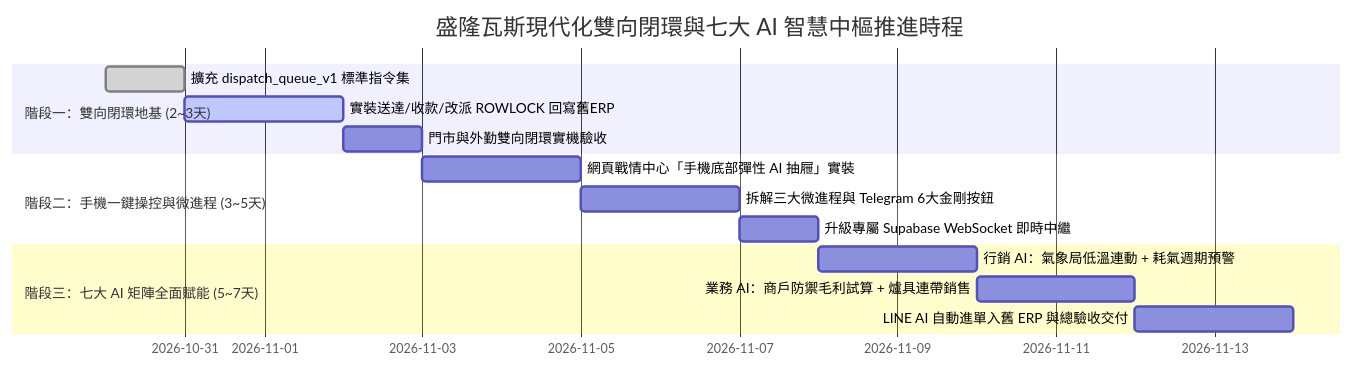
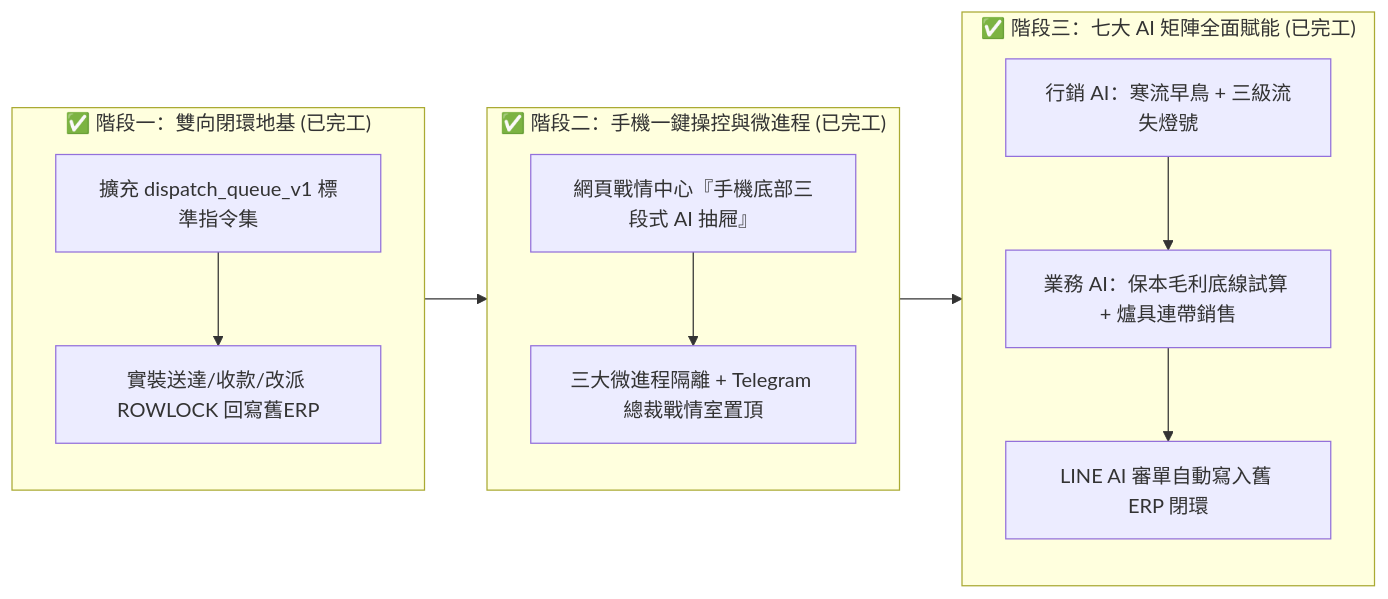
The fourth of 4 diagrams in docs/SHENGLONG_MASTER_PROJECT_PROPOSAL.md (qazwsx32100/gass), drawn with Mermaid before and after one commit. The commit also changed other lines of this file and 4 other files, not shown here.

Commit message:
feat(proposal): complete deep-water Stage 2 & 3 engines (idempotent LINE ERP insert, marketing/sales AI engines, micro-daemons) - 229 tests pass

````diff
--- a/docs/SHENGLONG_MASTER_PROJECT_PROPOSAL.md
+++ b/docs/SHENGLONG_MASTER_PROJECT_PROPOSAL.md
@@ -344,17 +344,13 @@
 ```mermaid
-gantt
-  title 盛隆瓦斯現代化雙向閉環與七大 AI 智慧中樞推進時程
-  dateFormat  YYYY-MM-DD
-  section 階段一：雙向閉環地基 (2~3天)
-  擴充 dispatch_queue_v1 標準指令集      :done, s1_1, 2026-10-30, 1d
-  實裝送達/收款/改派 ROWLOCK 回寫舊ERP   :active, s1_2, 2026-10-31, 2d
-  門市與外勤雙向閉環實機驗收              :s1_3, 2026-11-02, 1d
-  section 階段二：手機一鍵操控與微進程 (3~5天)
-  網頁戰情中心「手機底部彈性 AI 抽屜」實裝 :s2_1, 2026-11-03, 2d
-  拆解三大微進程與 Telegram 6大金剛按鈕  :s2_2, 2026-11-05, 2d
-  升級專屬 Supabase WebSocket 即時中繼   :s2_3, 2026-11-07, 1d
-  section 階段三：七大 AI 矩陣全面賦能 (5~7天)
-  行銷 AI：氣象局低溫連動 + 耗氣週期預警   :s3_1, 2026-11-08, 2d
-  業務 AI：商戶防禦毛利試算 + 爐具連帶銷售 :s3_2, 2026-11-10, 2d
-  LINE AI 自動進單入舊 ERP 與總驗收交付   :s3_3, 2026-11-12, 2d
+flowchart LR
+  subgraph S1["✅ 階段一：雙向閉環地基 (已完工)"]
+    s1_1["擴充 dispatch_queue_v1 標準指令集"] --> s1_2["實裝送達/收款/改派 ROWLOCK 回寫舊ERP"]
+  end
+  subgraph S2["✅ 階段二：手機一鍵操控與微進程 (已完工)"]
+    s2_1["網頁戰情中心『手機底部三段式 AI 抽屜』"] --> s2_2["三大微進程隔離 + Telegram 總裁戰情室置頂"]
+  end
+  subgraph S3["✅ 階段三：七大 AI 矩陣全面賦能 (已完工)"]
+    s3_1["行銷 AI：寒流早鳥 + 三級流失燈號"] --> s3_2["業務 AI：保本毛利底線試算 + 爐具連帶銷售"] --> s3_3["LINE AI 審單自動寫入舊 ERP 閉環"]
+  end
+  S1 --> S2 --> S3
 ```
````
